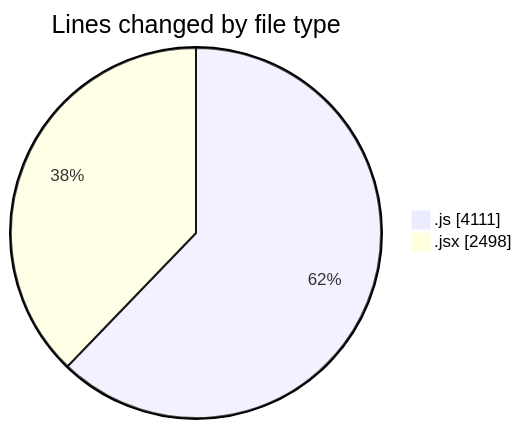
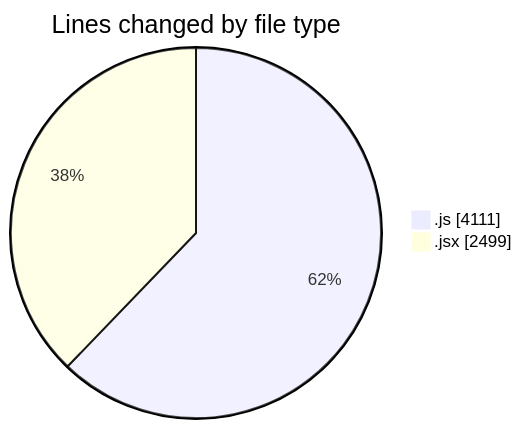
The first of 2 diagrams in 2025-08-13/nxtqube_webapp/README.md (nxtqubesakshisongat/code-tracking), drawn with Mermaid before and after one commit. The commit also changed other lines of this file and 1 other file, not shown here.

````diff
--- a/2025-08-13/nxtqube_webapp/README.md
+++ b/2025-08-13/nxtqube_webapp/README.md
@@ -24,6 +24,6 @@
 ```mermaid
 pie showData
 title Lines changed by file type
 ".js" : 4111
-".jsx" : 2498
+".jsx" : 2499
 ```
````
